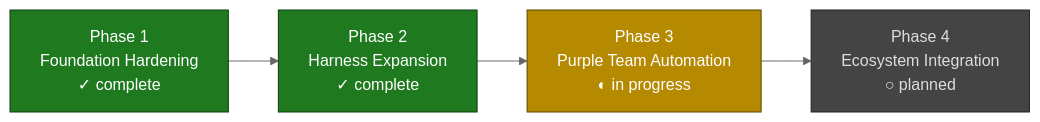
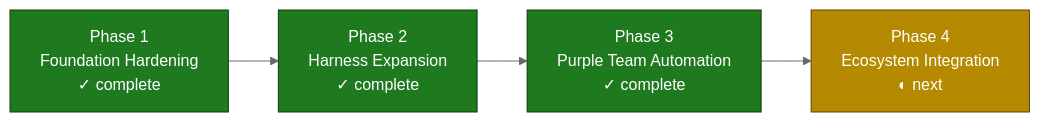
The first of 2 diagrams in ai/mcp/ROADMAP.md (babywyrm/sysadmin), drawn with Mermaid (neutral theme) before and after one commit. The commit also changed other lines of this file and 5 other files, not shown here.

First line of the commit message:
feat(mcp-slayer): complete Phase 3 — canary tooling, dashboard, regression suite

````diff
--- a/ai/mcp/ROADMAP.md
+++ b/ai/mcp/ROADMAP.md
@@ -38,12 +38,12 @@
 ```mermaid
 flowchart LR
     P1["Phase 1<br/>Foundation Hardening<br/>✓ complete"]:::done
     P2["Phase 2<br/>Harness Expansion<br/>✓ complete"]:::done
-    P3["Phase 3<br/> Purple Team Automation<br/>◐ in progress"]:::active
-    P4["Phase 4<br/>Ecosystem Integration<br/>○ planned"]:::todo
+    P3["Phase 3<br/> Purple Team Automation<br/>✓ complete"]:::done
+    P4["Phase 4<br/>Ecosystem Integration<br/>◐ next"]:::active
     P1 --> P2 --> P3 --> P4
 
     classDef done fill:#1f7a1f,stroke:#0d3d0d,color:#ffffff
     classDef active fill:#b58900,stroke:#5c4500,color:#ffffff
     classDef todo fill:#444444,stroke:#222222,color:#dddddd
 ```
````
